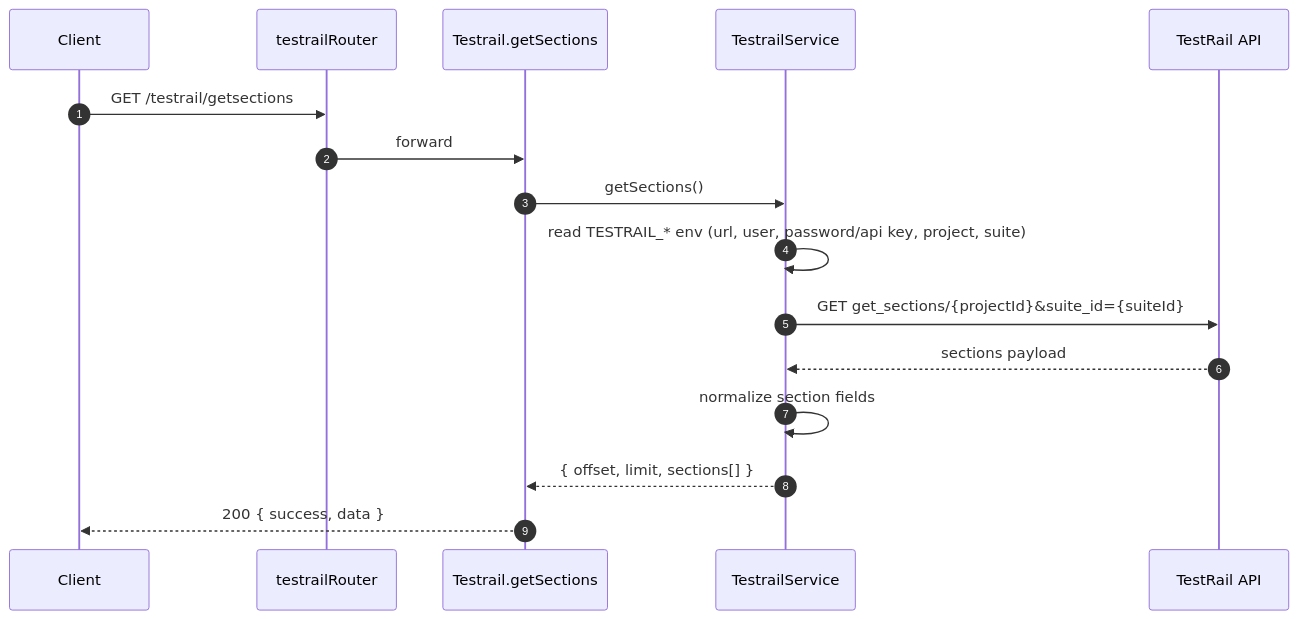
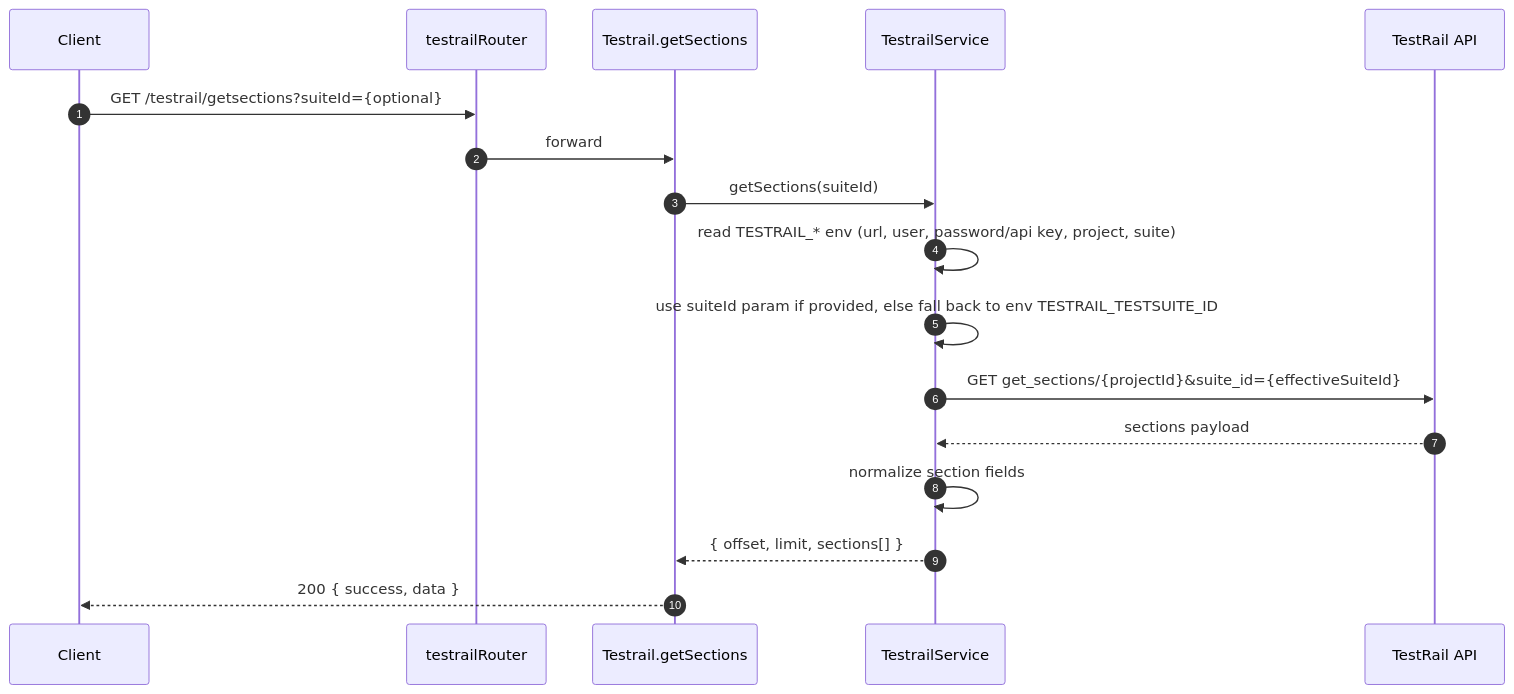
Before and after one commit to iamcasperwein/testcase-analysis-and-generator: diagram 15 of 16 in README.md, drawn with Mermaid. The commit also changed other lines of this file and 56 other files, not shown here.

````diff
--- a/README.md
+++ b/README.md
@@ -815,19 +861,20 @@
 ```mermaid
 sequenceDiagram
     autonumber
     participant Client
     participant Router as testrailRouter
     participant Ctrl as Testrail.getSections
     participant Svc as TestrailService
     participant TR as TestRail API
 
-    Client->>Router: GET /testrail/getsections
+    Client->>Router: GET /testrail/getsections?suiteId={optional}
     Router->>Ctrl: forward
-    Ctrl->>Svc: getSections()
+    Ctrl->>Svc: getSections(suiteId)
     Svc->>Svc: read TESTRAIL_* env (url, user, password/api key, project, suite)
-    Svc->>TR: GET get_sections/{projectId}&suite_id={suiteId}
+    Svc->>Svc: use suiteId param if provided, else fall back to env TESTRAIL_TESTSUITE_ID
+    Svc->>TR: GET get_sections/{projectId}&suite_id={effectiveSuiteId}
     TR-->>Svc: sections payload
     Svc->>Svc: normalize section fields
     Svc-->>Ctrl: { offset, limit, sections[] }
     Ctrl-->>Client: 200 { success, data }
 ```
````
